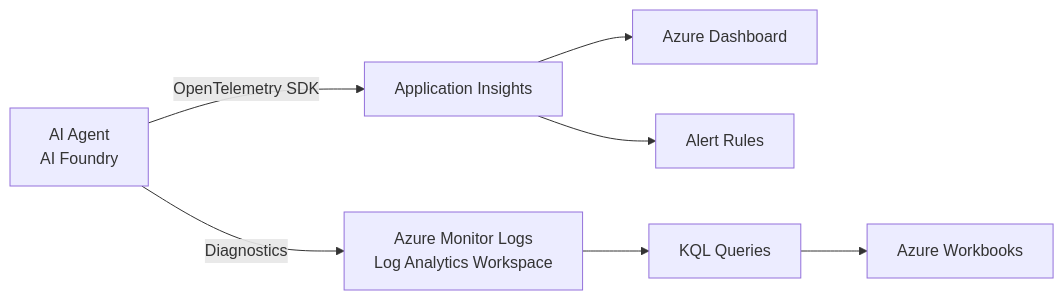
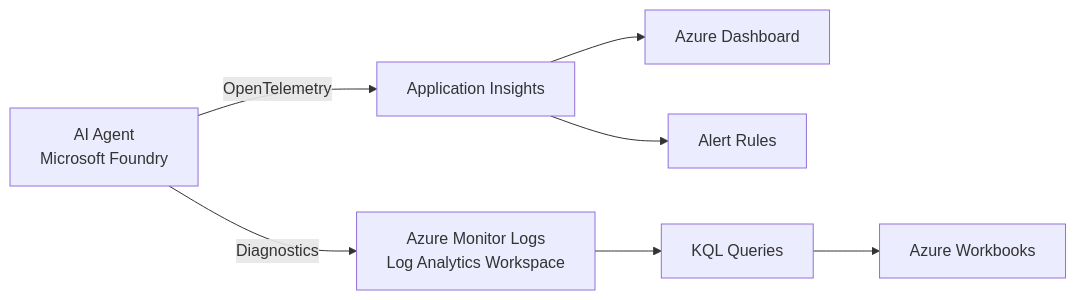
The third of 7 diagrams in content/skillup/ab100/notes/ab100-d3-monitor-test.md (ajeetchouksey/ajch_skillup), drawn with Mermaid before and after one commit. The commit also changed other lines of this file and 155 other files, not shown here.

````diff
--- a/content/skillup/ab100/notes/ab100-d3-monitor-test.md
+++ b/content/skillup/ab100/notes/ab100-d3-monitor-test.md
@@ -108,9 +108,9 @@
 ```mermaid
 graph LR
-    AG[AI Agent<br/>AI Foundry] -->|OpenTelemetry SDK| APPI[Application Insights]
+    AG[AI Agent<br/>Microsoft Foundry] -->|OpenTelemetry| APPI[Application Insights]
     AG -->|Diagnostics| AML[Azure Monitor Logs<br/>Log Analytics Workspace]
     APPI --> DASH[Azure Dashboard]
     APPI --> ALERT[Alert Rules]
     AML --> KQLQ[KQL Queries]
     KQLQ --> WB[Azure Workbooks]
 ```
````
